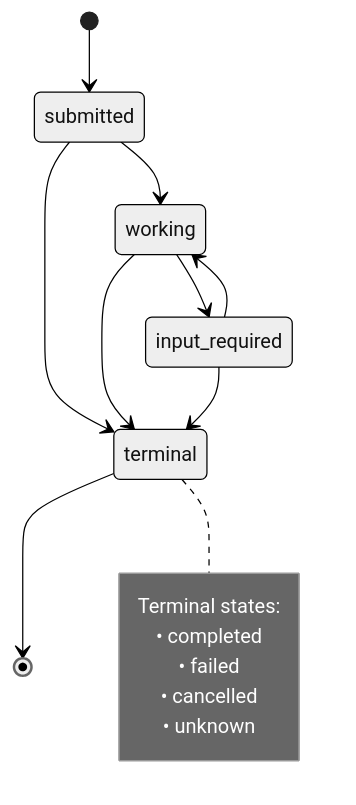
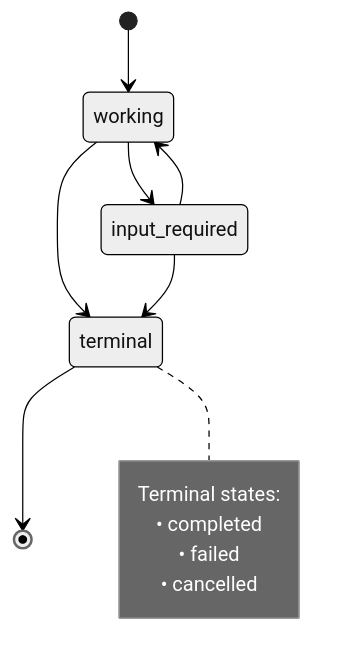
The first of 6 diagrams in docs/specification/draft/basic/utilities/tasks.mdx (scottslewis/modelcontextprotocol), drawn with Mermaid (neutral theme) before and after one commit. The commit also changed other lines of this file and 3 other files, not shown here.

Commit message:
Remove submitted and unknown statuses

````diff
--- a/docs/specification/draft/basic/utilities/tasks.mdx
+++ b/docs/specification/draft/basic/utilities/tasks.mdx
@@ -376,23 +373,19 @@
 ```mermaid
 stateDiagram-v2
-    [*] --> submitted
-
-    submitted --> working
-    submitted --> terminal
+    [*] --> working
 
     working --> input_required
     working --> terminal
 
     input_required --> working
     input_required --> terminal
 
     terminal --> [*]
 
     note right of terminal
         Terminal states:
         • completed
         • failed
         • cancelled
-        • unknown
     end note
 ```
````
